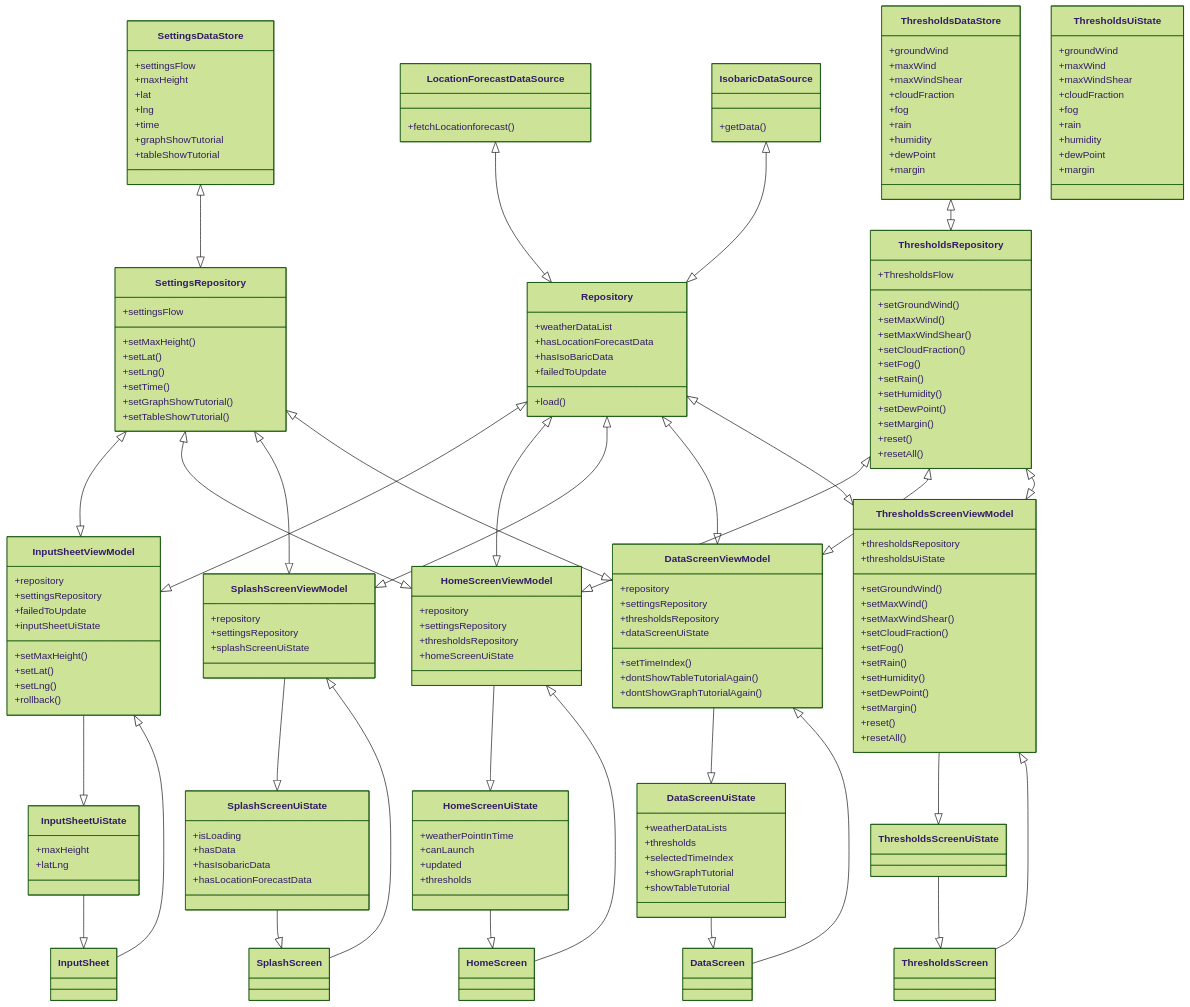
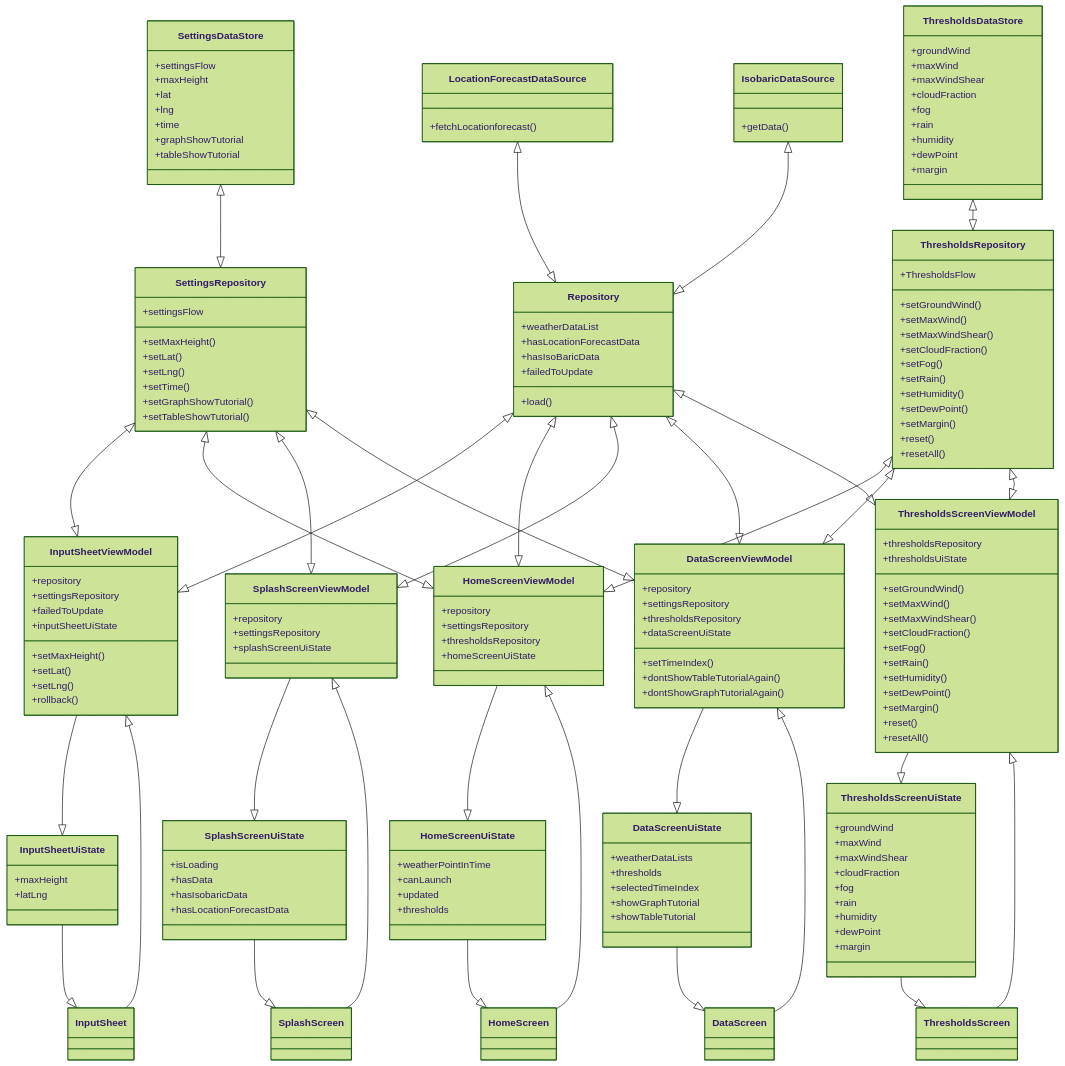
The diagram in MODELING.md (TheLyngset/liftOff), drawn with Mermaid (forest theme) before and after one commit.

Commit message:
started on classDiagram

```diff
--- a/MODELING.md
+++ b/MODELING.md
@@ -183,7 +183,7 @@
         +resetAll()
     }
     
-    class ThresholdsUiState{
+    class ThresholdsScreenUiState{
         +groundWind
         +maxWind
         +maxWindShear
```
